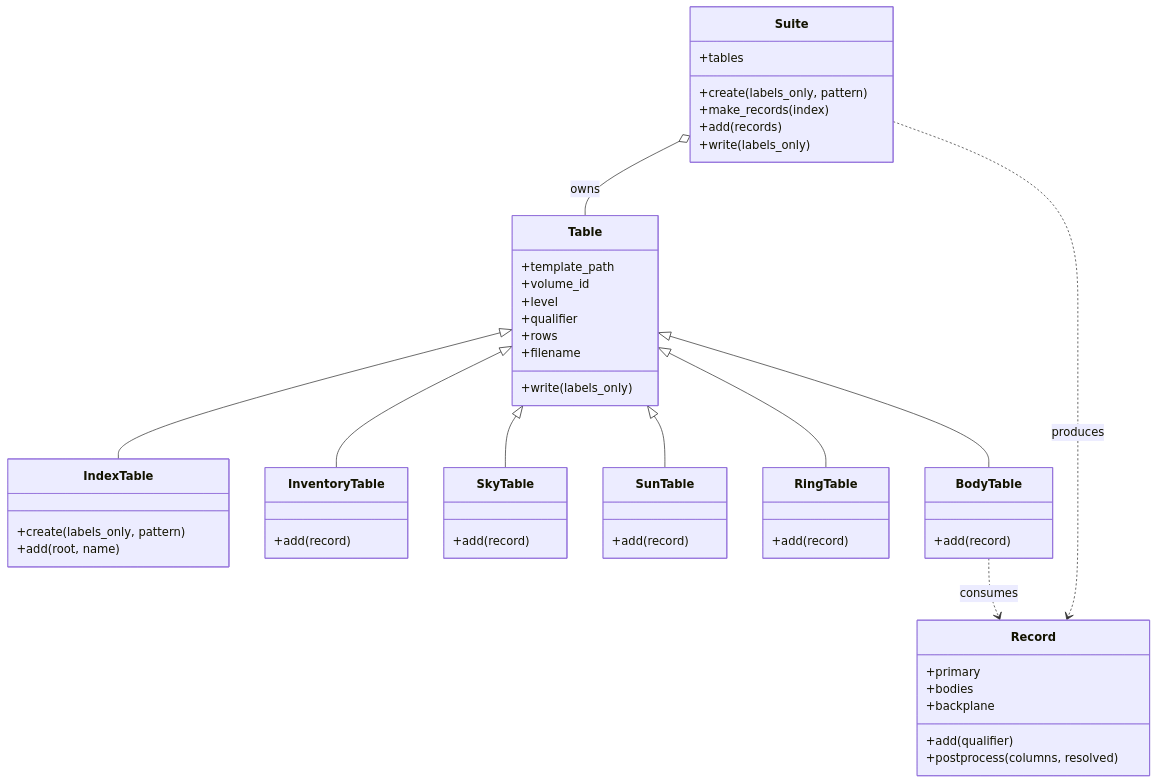
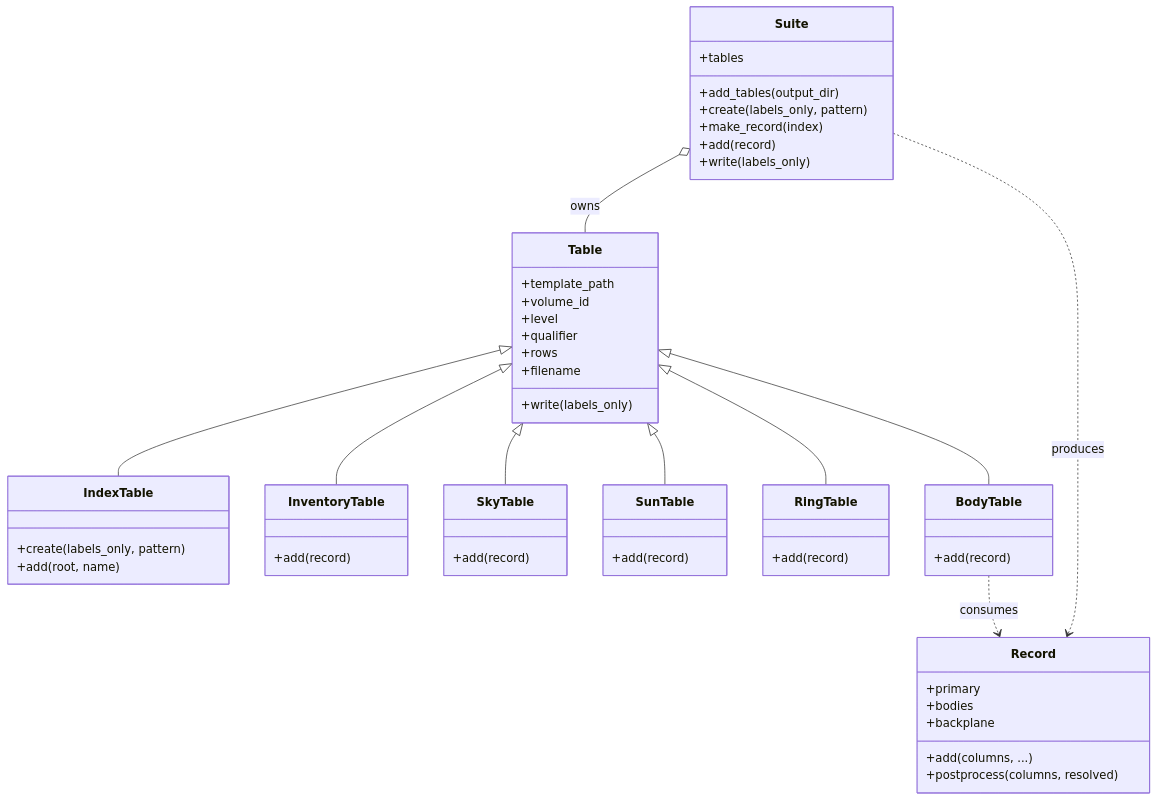
The diagram in docs/dev_guide/dev_guide_architecture.rst (SETI/rms-metadata-tools), drawn with Mermaid before and after one commit. The commit also changed 66 other files, not shown here.

```diff
--- a/docs/dev_guide/dev_guide_architecture.rst
+++ b/docs/dev_guide/dev_guide_architecture.rst
@@ -37,55 +37,56 @@
 .. mermaid::
 
    classDiagram
        class Table {
            +template_path
            +volume_id
            +level
            +qualifier
            +rows
            +filename
            +write(labels_only)
        }
        class IndexTable {
            +create(labels_only, pattern)
            +add(root, name)
        }
        class InventoryTable {
            +add(record)
        }
        class SkyTable {
            +add(record)
        }
        class SunTable {
            +add(record)
        }
        class RingTable {
            +add(record)
        }
        class BodyTable {
            +add(record)
        }
        class Suite {
            +tables
+           +add_tables(output_dir)
            +create(labels_only, pattern)
-           +make_records(index)
-           +add(records)
+           +make_record(index)
+           +add(record)
            +write(labels_only)
        }
        class Record {
            +primary
            +bodies
            +backplane
-           +add(qualifier)
+           +add(columns, ...)
            +postprocess(columns, resolved)
        }
 
        Table <|-- IndexTable
        Table <|-- InventoryTable
        Table <|-- SkyTable
        Table <|-- SunTable
        Table <|-- RingTable
        Table <|-- BodyTable
        Suite o-- Table : owns
        Suite ..> Record : produces
        BodyTable ..> Record : consumes
```
